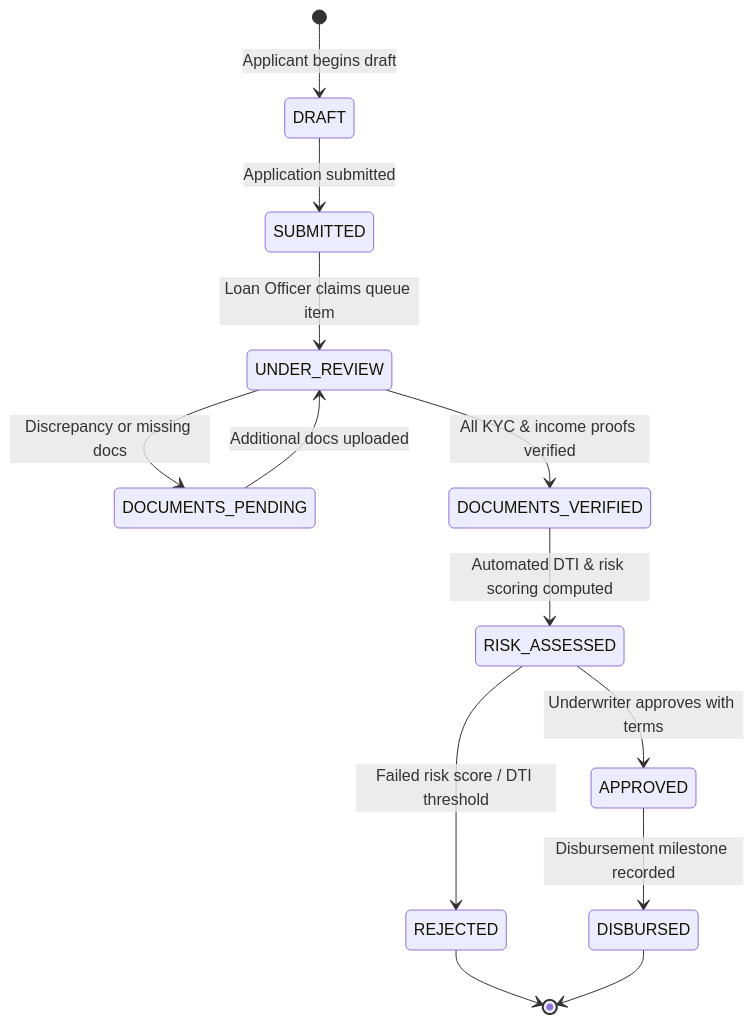
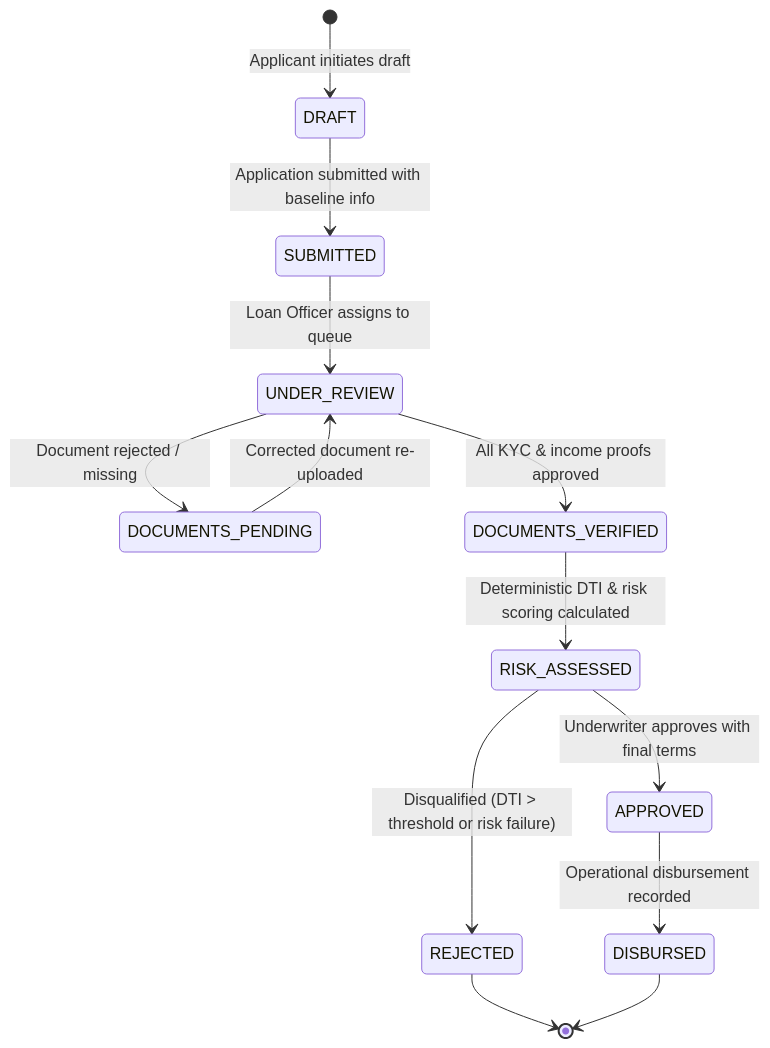
Before and after one commit to calligraphyguruji/CredVidhi: the second of 2 diagrams in README.md, drawn with Mermaid. The commit also changed other lines of this file, not shown here.

Commit message:
docs: enrich README with comprehensive enterprise fintech architecture, math specs, and UI breakdown

````diff
--- a/README.md
+++ b/README.md
@@ -106,19 +142,19 @@
 ```mermaid
 stateDiagram-v2
-    [*] --> DRAFT: Applicant begins draft
-    DRAFT --> SUBMITTED: Application submitted
+    [*] --> DRAFT: Applicant initiates draft
+    DRAFT --> SUBMITTED: Application submitted with baseline info
     
-    SUBMITTED --> UNDER_REVIEW: Loan Officer claims queue item
-    UNDER_REVIEW --> DOCUMENTS_PENDING: Discrepancy or missing docs
-    DOCUMENTS_PENDING --> UNDER_REVIEW: Additional docs uploaded
+    SUBMITTED --> UNDER_REVIEW: Loan Officer assigns to queue
+    UNDER_REVIEW --> DOCUMENTS_PENDING: Document rejected / missing
+    DOCUMENTS_PENDING --> UNDER_REVIEW: Corrected document re-uploaded
     
-    UNDER_REVIEW --> DOCUMENTS_VERIFIED: All KYC & income proofs verified
-    DOCUMENTS_VERIFIED --> RISK_ASSESSED: Automated DTI & risk scoring computed
+    UNDER_REVIEW --> DOCUMENTS_VERIFIED: All KYC & income proofs approved
+    DOCUMENTS_VERIFIED --> RISK_ASSESSED: Deterministic DTI & risk scoring calculated
     
-    RISK_ASSESSED --> APPROVED: Underwriter approves with terms
-    RISK_ASSESSED --> REJECTED: Failed risk score / DTI threshold
+    RISK_ASSESSED --> APPROVED: Underwriter approves with final terms
+    RISK_ASSESSED --> REJECTED: Disqualified (DTI > threshold or risk failure)
     
-    APPROVED --> DISBURSED: Disbursement milestone recorded
+    APPROVED --> DISBURSED: Operational disbursement recorded
     REJECTED --> [*]
     DISBURSED --> [*]
 ```
````
